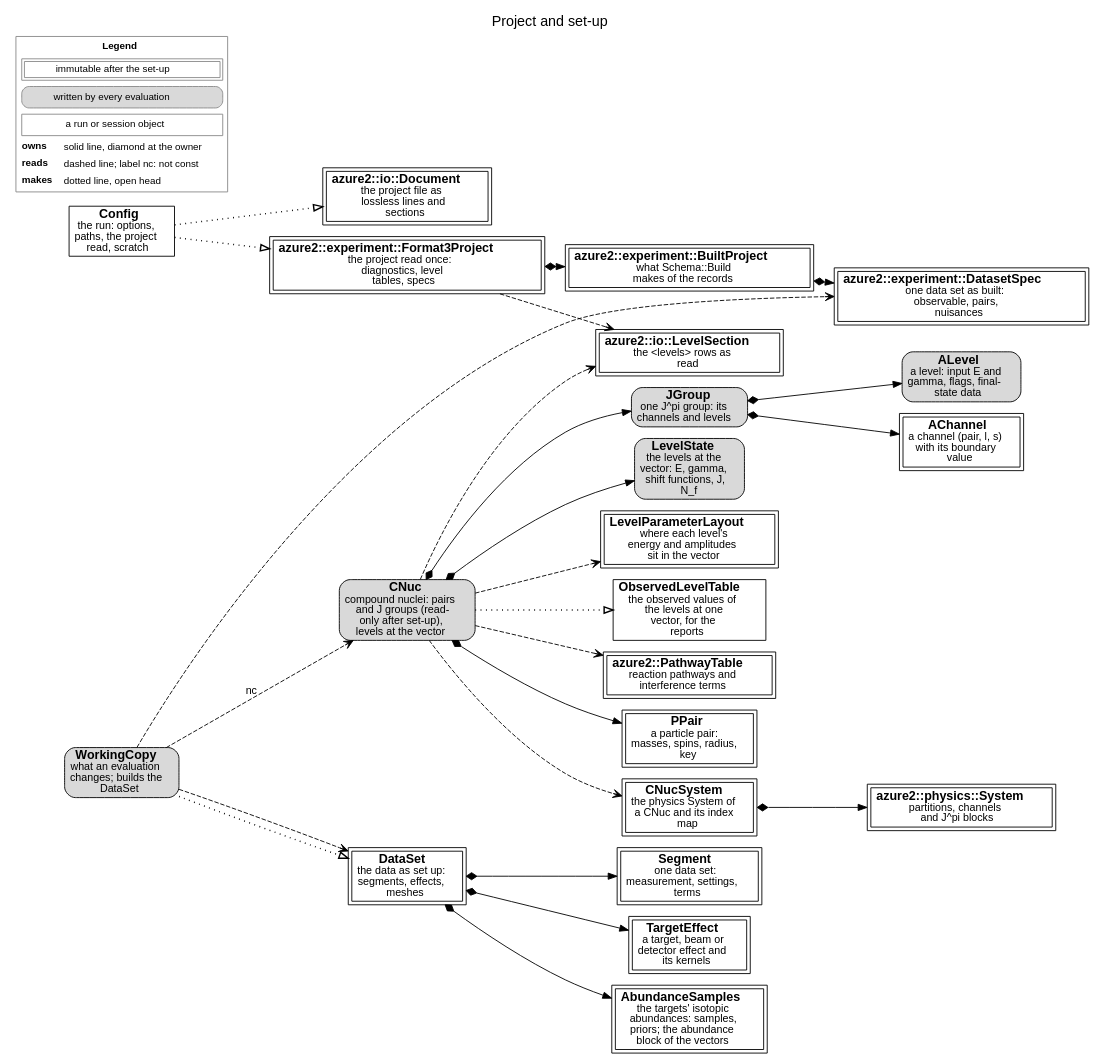
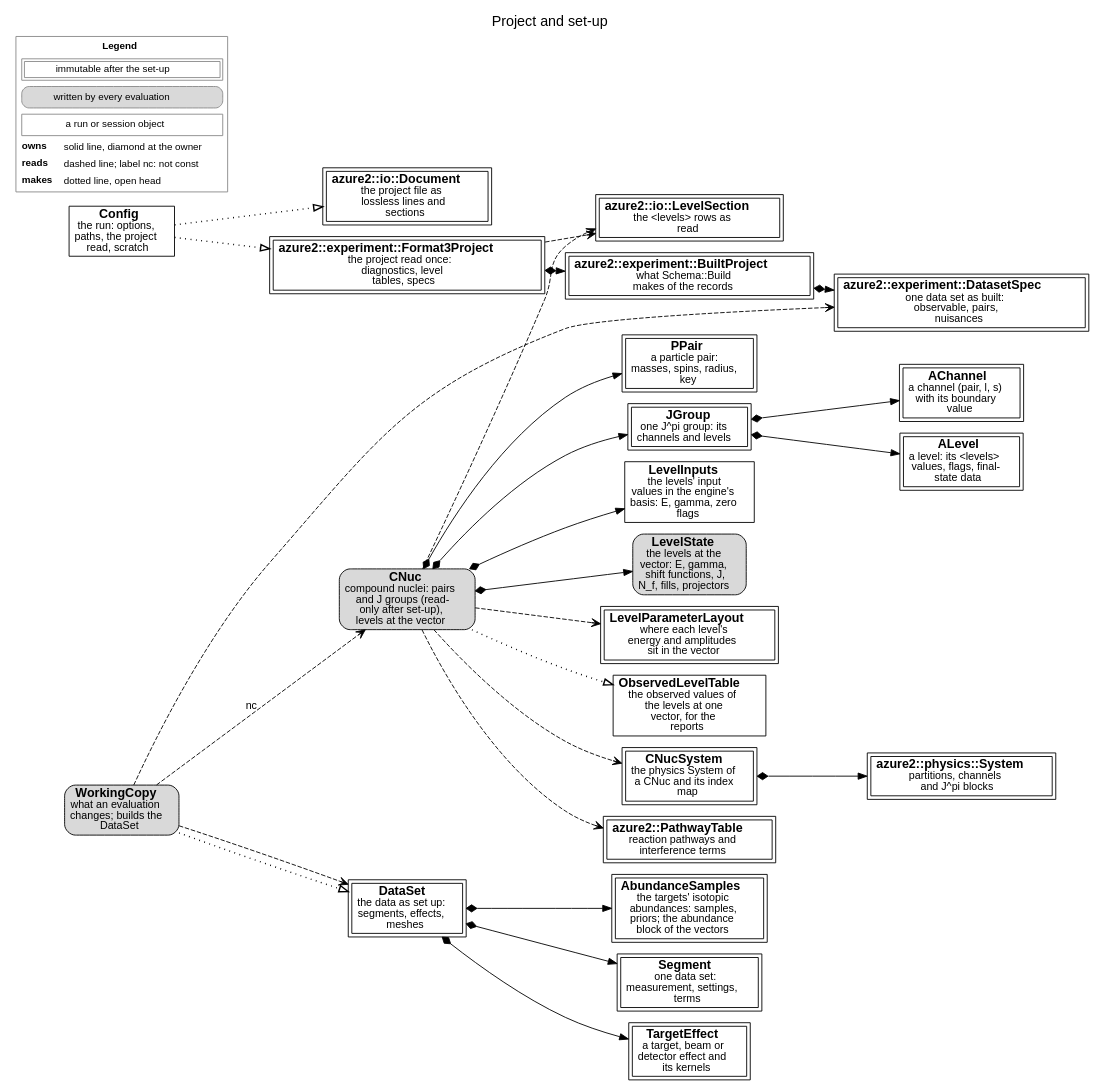
The diagram in docs/source/developer/figures/setup.dot (AZURE2DEV/AZURE2), drawn with Graphviz before and after one commit. The commit also changed 10 other files, not shown here.

First line of the commit message:
docs: the level inputs and the state's fills in the design note, the Developer Guide and the class scheme

```diff
--- a/docs/source/developer/figures/setup.dot
+++ b/docs/source/developer/figures/setup.dot
@@ -1,51 +1,53 @@
 digraph setup {
   graph [rankdir=LR, fontname="Helvetica", fontsize=16, labelloc=t, label="Project and set-up", nodesep=0.18, ranksep=0.3, newrank=true];
   node [fontname="Helvetica", fontsize=14, margin="0.08,0.04"];
   edge [fontname="Helvetica", fontsize=12];
   n_azure2__io__Document [label=<<b>azure2::io::Document</b><br/><font point-size="12">the project file as<br/>lossless lines and<br/>sections</font>>, shape=box, peripheries=2, style="filled", fillcolor="white"];
   n_azure2__io__LevelSection [label=<<b>azure2::io::LevelSection</b><br/><font point-size="12">the &lt;levels&gt; rows as<br/>read</font>>, shape=box, peripheries=2, style="filled", fillcolor="white"];
   n_azure2__experiment__Format3Project [label=<<b>azure2::experiment::Format3Project</b><br/><font point-size="12">the project read once:<br/>diagnostics, level<br/>tables, specs</font>>, shape=box, peripheries=2, style="filled", fillcolor="white"];
   n_azure2__experiment__BuiltProject [label=<<b>azure2::experiment::BuiltProject</b><br/><font point-size="12">what Schema::Build<br/>makes of the records</font>>, shape=box, peripheries=2, style="filled", fillcolor="white"];
   n_azure2__experiment__DatasetSpec [label=<<b>azure2::experiment::DatasetSpec</b><br/><font point-size="12">one data set as built:<br/>observable, pairs,<br/>nuisances</font>>, shape=box, peripheries=2, style="filled", fillcolor="white"];
   n_Config [label=<<b>Config</b><br/><font point-size="12">the run: options,<br/>paths, the project<br/>read, scratch</font>>, shape=box, style="filled", fillcolor="white"];
   n_CNuc [label=<<b>CNuc</b><br/><font point-size="12">compound nuclei: pairs<br/>and J groups (read-<br/>only after set-up),<br/>levels at the vector</font>>, shape=box, style="rounded,filled", fillcolor="#d9d9d9"];
   n_PPair [label=<<b>PPair</b><br/><font point-size="12">a particle pair:<br/>masses, spins, radius,<br/>key</font>>, shape=box, peripheries=2, style="filled", fillcolor="white"];
-  n_JGroup [label=<<b>JGroup</b><br/><font point-size="12">one J^pi group: its<br/>channels and levels</font>>, shape=box, style="rounded,filled", fillcolor="#d9d9d9"];
+  n_JGroup [label=<<b>JGroup</b><br/><font point-size="12">one J^pi group: its<br/>channels and levels</font>>, shape=box, peripheries=2, style="filled", fillcolor="white"];
   n_AChannel [label=<<b>AChannel</b><br/><font point-size="12">a channel (pair, l, s)<br/>with its boundary<br/>value</font>>, shape=box, peripheries=2, style="filled", fillcolor="white"];
-  n_ALevel [label=<<b>ALevel</b><br/><font point-size="12">a level: input E and<br/>gamma, flags, final-<br/>state data</font>>, shape=box, style="rounded,filled", fillcolor="#d9d9d9"];
-  n_LevelState [label=<<b>LevelState</b><br/><font point-size="12">the levels at the<br/>vector: E, gamma,<br/>shift functions, J,<br/>N_f</font>>, shape=box, style="rounded,filled", fillcolor="#d9d9d9"];
+  n_ALevel [label=<<b>ALevel</b><br/><font point-size="12">a level: its &lt;levels&gt;<br/>values, flags, final-<br/>state data</font>>, shape=box, peripheries=2, style="filled", fillcolor="white"];
+  n_LevelInputs [label=<<b>LevelInputs</b><br/><font point-size="12">the levels&#x27; input<br/>values in the engine&#x27;s<br/>basis: E, gamma, zero<br/>flags</font>>, shape=box, style="filled", fillcolor="white"];
+  n_LevelState [label=<<b>LevelState</b><br/><font point-size="12">the levels at the<br/>vector: E, gamma,<br/>shift functions, J,<br/>N_f, fills, projectors</font>>, shape=box, style="rounded,filled", fillcolor="#d9d9d9"];
   n_LevelParameterLayout [label=<<b>LevelParameterLayout</b><br/><font point-size="12">where each level&#x27;s<br/>energy and amplitudes<br/>sit in the vector</font>>, shape=box, peripheries=2, style="filled", fillcolor="white"];
   n_ObservedLevelTable [label=<<b>ObservedLevelTable</b><br/><font point-size="12">the observed values of<br/>the levels at one<br/>vector, for the<br/>reports</font>>, shape=box, style="filled", fillcolor="white"];
   n_CNucSystem [label=<<b>CNucSystem</b><br/><font point-size="12">the physics System of<br/>a CNuc and its index<br/>map</font>>, shape=box, peripheries=2, style="filled", fillcolor="white"];
   n_azure2__physics__System [label=<<b>azure2::physics::System</b><br/><font point-size="12">partitions, channels<br/>and J^pi blocks</font>>, shape=box, peripheries=2, style="filled", fillcolor="white"];
   n_azure2__PathwayTable [label=<<b>azure2::PathwayTable</b><br/><font point-size="12">reaction pathways and<br/>interference terms</font>>, shape=box, peripheries=2, style="filled", fillcolor="white"];
   n_DataSet [label=<<b>DataSet</b><br/><font point-size="12">the data as set up:<br/>segments, effects,<br/>meshes</font>>, shape=box, peripheries=2, style="filled", fillcolor="white"];
   n_AbundanceSamples [label=<<b>AbundanceSamples</b><br/><font point-size="12">the targets&#x27; isotopic<br/>abundances: samples,<br/>priors; the abundance<br/>block of the vectors</font>>, shape=box, peripheries=2, style="filled", fillcolor="white"];
   n_Segment [label=<<b>Segment</b><br/><font point-size="12">one data set:<br/>measurement, settings,<br/>terms</font>>, shape=box, peripheries=2, style="filled", fillcolor="white"];
   n_TargetEffect [label=<<b>TargetEffect</b><br/><font point-size="12">a target, beam or<br/>detector effect and<br/>its kernels</font>>, shape=box, peripheries=2, style="filled", fillcolor="white"];
   n_WorkingCopy [label=<<b>WorkingCopy</b><br/><font point-size="12">what an evaluation<br/>changes; builds the<br/>DataSet</font>>, shape=box, style="rounded,filled", fillcolor="#d9d9d9"];
   n_Config -> n_azure2__io__Document [style=dotted, penwidth=1.6, arrowhead=empty];
   n_Config -> n_azure2__experiment__Format3Project [style=dotted, penwidth=1.6, arrowhead=empty];
   n_azure2__experiment__Format3Project -> n_azure2__io__LevelSection [style=dashed, arrowhead=vee];
   n_azure2__experiment__Format3Project -> n_azure2__experiment__BuiltProject [style=solid, dir=both, arrowtail=diamond, arrowhead=normal];
   n_azure2__experiment__BuiltProject -> n_azure2__experiment__DatasetSpec [style=solid, dir=both, arrowtail=diamond, arrowhead=normal];
   n_CNuc -> n_azure2__io__LevelSection [style=dashed, arrowhead=vee];
   n_CNuc -> n_PPair [style=solid, dir=both, arrowtail=diamond, arrowhead=normal];
   n_CNuc -> n_JGroup [style=solid, dir=both, arrowtail=diamond, arrowhead=normal];
   n_JGroup -> n_AChannel [style=solid, dir=both, arrowtail=diamond, arrowhead=normal];
   n_JGroup -> n_ALevel [style=solid, dir=both, arrowtail=diamond, arrowhead=normal];
   n_CNuc -> n_LevelState [style=solid, dir=both, arrowtail=diamond, arrowhead=normal];
+  n_CNuc -> n_LevelInputs [style=solid, dir=both, arrowtail=diamond, arrowhead=normal];
   n_CNuc -> n_LevelParameterLayout [style=dashed, arrowhead=vee];
   n_CNuc -> n_ObservedLevelTable [style=dotted, penwidth=1.6, arrowhead=empty];
   n_CNuc -> n_CNucSystem [style=dashed, arrowhead=vee];
   n_CNucSystem -> n_azure2__physics__System [style=solid, dir=both, arrowtail=diamond, arrowhead=normal];
   n_CNuc -> n_azure2__PathwayTable [style=dashed, arrowhead=vee];
   n_WorkingCopy -> n_azure2__experiment__DatasetSpec [style=dashed, arrowhead=vee];
   n_WorkingCopy -> n_CNuc [style=dashed, arrowhead=vee, label=" nc"];
   n_WorkingCopy -> n_DataSet [style=dotted, penwidth=1.6, arrowhead=empty];
   n_WorkingCopy -> n_DataSet [style=dashed, arrowhead=vee];
   n_DataSet -> n_Segment [style=solid, dir=both, arrowtail=diamond, arrowhead=normal];
   n_DataSet -> n_TargetEffect [style=solid, dir=both, arrowtail=diamond, arrowhead=normal];
   n_DataSet -> n_AbundanceSamples [style=solid, dir=both, arrowtail=diamond, arrowhead=normal];
   legend [shape=plaintext, fontsize=11, label=<<TABLE BORDER="1" CELLBORDER="0" CELLSPACING="3" COLOR="#888888"><TR><TD COLSPAN="2"><B>Legend</B></TD></TR><TR><TD COLSPAN="2"><TABLE BORDER="1" CELLBORDER="1" CELLSPACING="2" CELLPADDING="2"><TR><TD>immutable after the set-up</TD></TR></TABLE></TD></TR><TR><TD COLSPAN="2"><TABLE BORDER="1" CELLBORDER="0" CELLPADDING="3" STYLE="rounded" BGCOLOR="#d9d9d9"><TR><TD>written by every evaluation</TD></TR></TABLE></TD></TR><TR><TD COLSPAN="2"><TABLE BORDER="1" CELLBORDER="0" CELLPADDING="3" ><TR><TD>a run or session object</TD></TR></TABLE></TD></TR><TR><TD ALIGN="LEFT"><B>owns</B></TD><TD ALIGN="LEFT">solid line, diamond at the owner</TD></TR><TR><TD ALIGN="LEFT"><B>reads</B></TD><TD ALIGN="LEFT">dashed line; label nc: not const</TD></TR><TR><TD ALIGN="LEFT"><B>makes</B></TD><TD ALIGN="LEFT">dotted line, open head</TD></TR></TABLE>>];
 }
```
